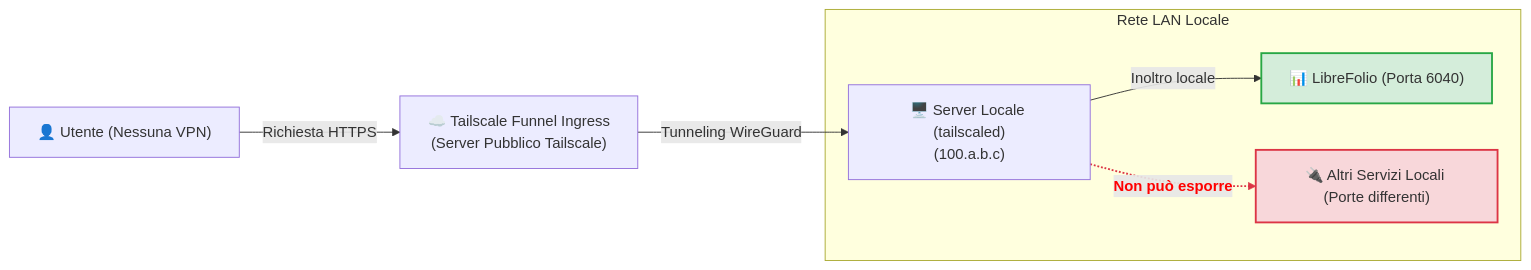
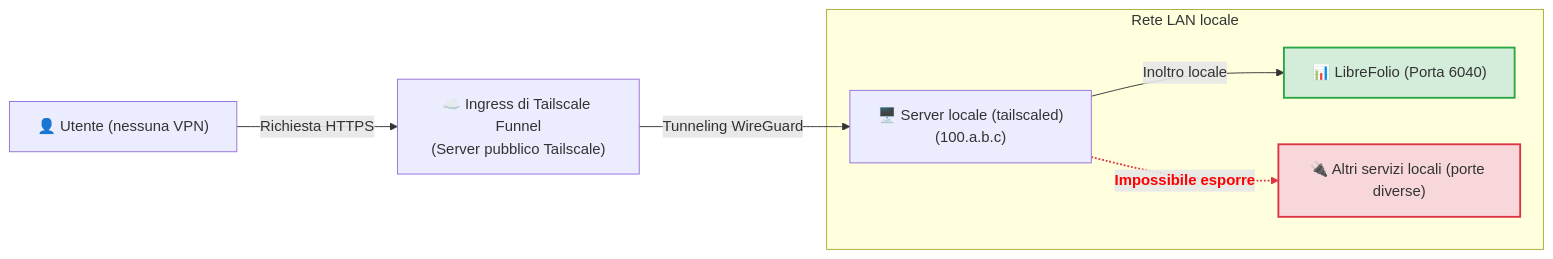
Before and after one commit to Librefolio/LibreFolio: the fourth of 5 diagrams in mkdocs_src/docs/admin/service_exposure.it.md, drawn with Mermaid. The commit also changed other lines of this file and 430 other files, not shown here.

````diff
--- a/mkdocs_src/docs/admin/service_exposure.it.md
+++ b/mkdocs_src/docs/admin/service_exposure.it.md
@@ -296,12 +258,12 @@
 ```mermaid
 graph LR
- User["👤 Utente (Nessuna VPN)"] -->|Richiesta HTTPS| Funnel["☁️ Tailscale Funnel Ingress<br>(Server Pubblico Tailscale)"]
- Funnel -->|Tunneling WireGuard| Server["🖥️ Server Locale (tailscaled)<br>(100.a.b.c)"]
- subgraph LAN ["Rete LAN Locale"]
- Server -->|Inoltro locale| LibreFolio["📊 LibreFolio (Porta 6040)"]
- Server -.->|"<font color='red'><b>Non può esporre</b></font>"| Other["🔌 Altri Servizi Locali (Porte differenti)"]
- end
- style LibreFolio fill:#d4edda,stroke:#28a745,stroke-width:2px;
- style Other fill:#f8d7da,stroke:#dc3545,stroke-width:2px;
- linkStyle 3 stroke:#dc3545,stroke-width:2px;
+    User["👤 Utente (nessuna VPN)"] -->|Richiesta HTTPS| Funnel["☁️ Ingress di Tailscale Funnel<br>(Server pubblico Tailscale)"]
+    Funnel -->|Tunneling WireGuard| Server["🖥️ Server locale (tailscaled)<br>(100.a.b.c)"]
+    subgraph LAN ["Rete LAN locale"]
+        Server -->|Inoltro locale| LibreFolio["📊 LibreFolio (Porta 6040)"]
+        Server -.->|"<font color='red'><b>Impossibile esporre</b></font>"| Other["🔌 Altri servizi locali (porte diverse)"]
+    end
+    style LibreFolio fill:#d4edda,stroke:#28a745,stroke-width:2px;
+    style Other fill:#f8d7da,stroke:#dc3545,stroke-width:2px;
+    linkStyle 3 stroke:#dc3545,stroke-width:2px;
 ```
````
